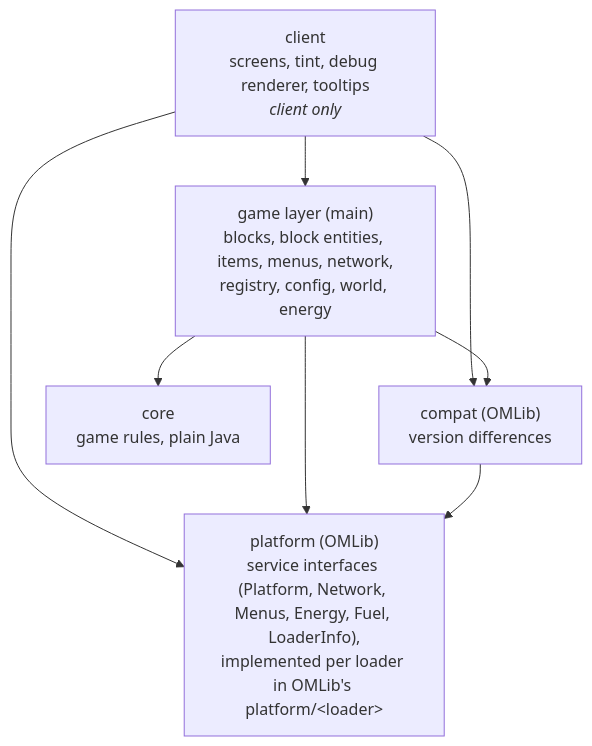
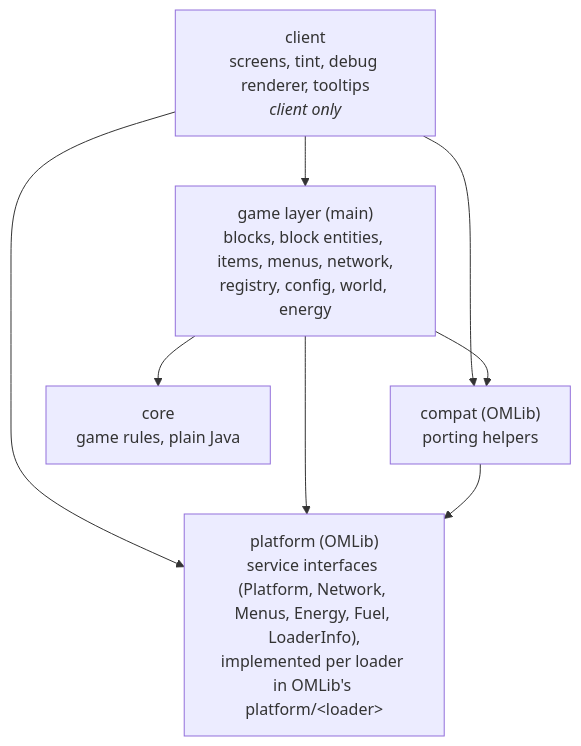
The first of 2 diagrams in docs/architecture.md (OpenModularTurretsTeam/OpenModularLighting), drawn with Mermaid before and after one commit. The commit also changed other lines of this file and 7 other files, not shown here.

````diff
--- a/docs/architecture.md
+++ b/docs/architecture.md
@@ -24,15 +24,15 @@
 ```mermaid
 flowchart TB
     client["client<br/>screens, tint, debug renderer, tooltips<br/><i>client only</i>"]
     game["game layer (main)<br/>blocks, block entities, items, menus, network,<br/>registry, config, world, energy"]
-    compat["compat (OMLib)<br/>version differences"]
+    compat["compat (OMLib)<br/>porting helpers"]
     platform["platform (OMLib)<br/>service interfaces (Platform, Network, Menus, Energy, Fuel, LoaderInfo),<br/>implemented per loader in OMLib's platform/&lt;loader&gt;"]
     core["core<br/>game rules, plain Java"]
     client --> game
     client --> compat
     client --> platform
     game --> compat
     game --> platform
     game --> core
     compat --> platform
 ```
````
